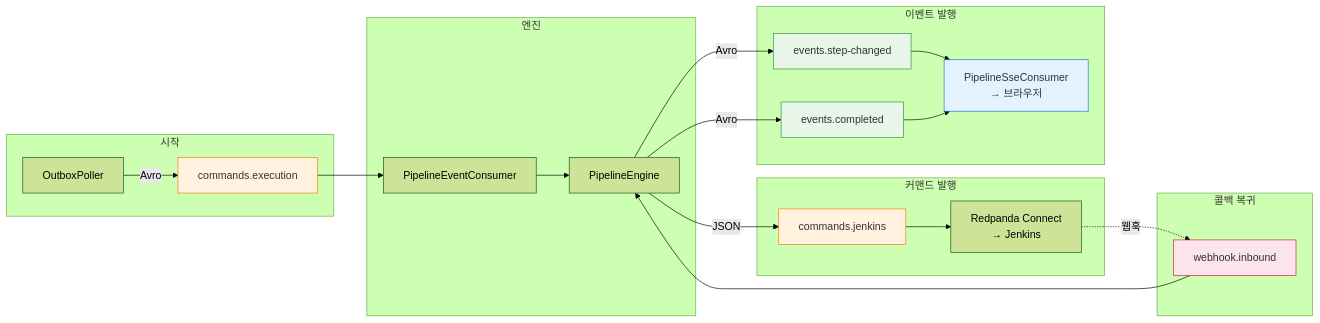
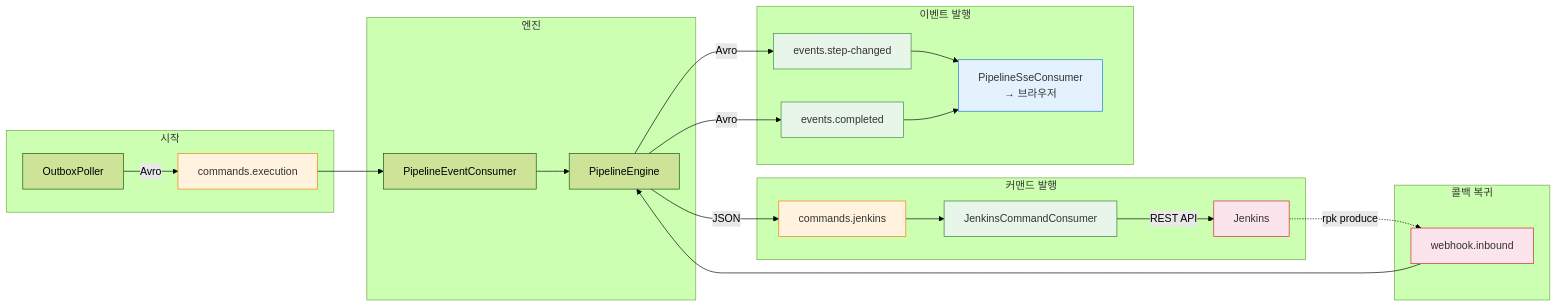
The ninth of 13 diagrams in docs/domain-guide.md (scofe97/Redpanda-PlayGround), drawn with Mermaid (forest theme) before and after one commit. The commit also changed other lines of this file and 25 other files, not shown here.

````diff
--- a/docs/domain-guide.md
+++ b/docs/domain-guide.md
@@ -407,35 +410,38 @@
 ```mermaid
 graph LR
     subgraph START["시작"]
         A[OutboxPoller] -->|Avro| T1["commands.execution"]
     end
 
     subgraph ENGINE["엔진"]
         T1 --> C[PipelineEventConsumer]
         C --> ENG[PipelineEngine]
     end
 
     subgraph CMD["커맨드 발행"]
         ENG -->|JSON| T2["commands.jenkins"]
-        T2 --> JK[Redpanda Connect<br>→ Jenkins]
+        T2 --> JCC[JenkinsCommandConsumer]
+        JCC -->|REST API| JK[Jenkins]
     end
 
     subgraph CALLBACK["콜백 복귀"]
-        JK -.->|웹훅| T3["webhook.inbound"]
+        JK -.->|rpk produce| T3["webhook.inbound"]
         T3 --> ENG
     end
 
     subgraph EVENT["이벤트 발행"]
         ENG -->|Avro| T4["events.step-changed"]
         ENG -->|Avro| T5["events.completed"]
         T4 --> SSE[PipelineSseConsumer<br>→ 브라우저]
         T5 --> SSE
     end
 
     style T1 fill:#FFF3E0,stroke:#F57C00,color:#333
     style T2 fill:#FFF3E0,stroke:#F57C00,color:#333
     style T3 fill:#FCE4EC,stroke:#C62828,color:#333
     style T4 fill:#E8F5E9,stroke:#388E3C,color:#333
     style T5 fill:#E8F5E9,stroke:#388E3C,color:#333
     style SSE fill:#E3F2FD,stroke:#1976D2,color:#333
+    style JCC fill:#E8F5E9,stroke:#2E7D32,color:#333
+    style JK fill:#FCE4EC,stroke:#C62828,color:#333
 ```
````
